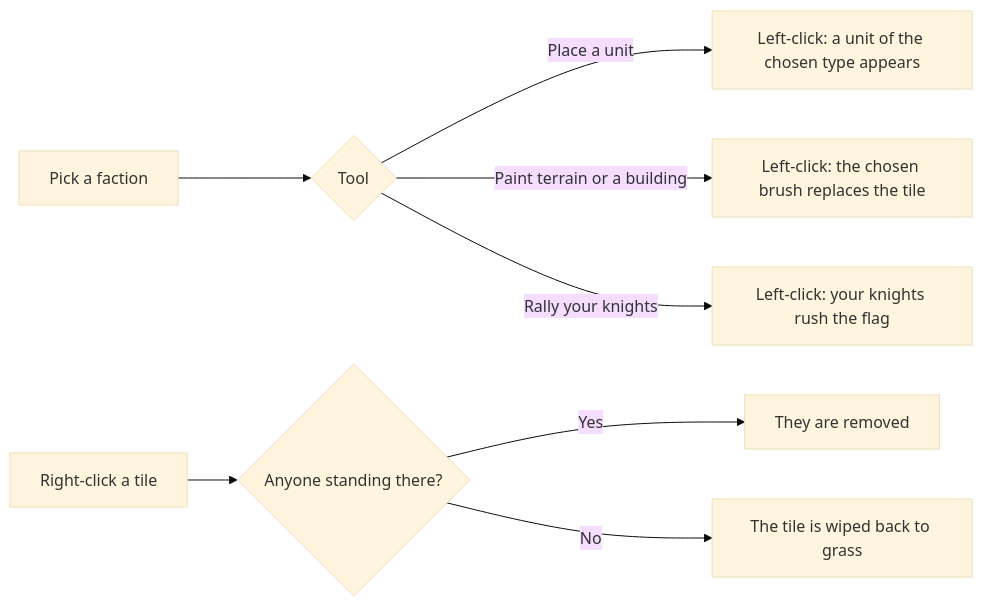
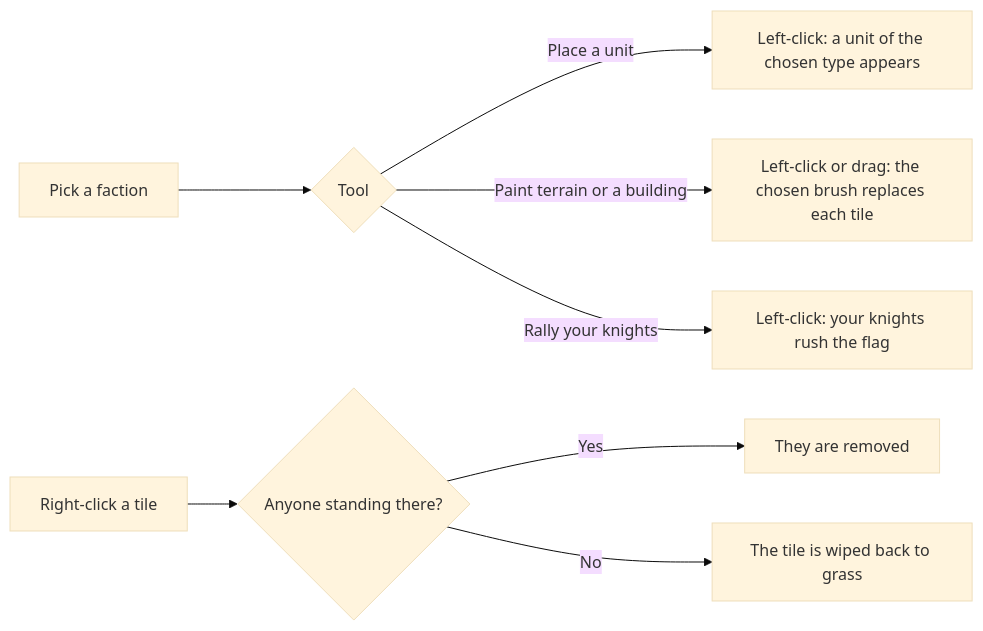
One commit to playforge-coding/kingdom changed the diagram in docs/testing.md. Above: the diagram before and after it, drawn with Mermaid (base theme). The commit also changed other lines of this file and 5 other files, not shown here.

````diff
--- a/docs/testing.md
+++ b/docs/testing.md
@@ -40,10 +40,10 @@
 ```mermaid
 flowchart LR
     faction["Pick a faction"] --> tool{"Tool"}
     tool -- "Place a unit" --> unit["Left-click: a unit of the chosen type appears"]
-    tool -- "Paint terrain or a building" --> paint["Left-click: the chosen brush replaces the tile"]
+    tool -- "Paint terrain or a building" --> paint["Left-click or drag: the chosen brush replaces each tile"]
     tool -- "Rally your knights" --> rally["Left-click: your knights rush the flag"]
     right["Right-click a tile"] --> who{"Anyone standing there?"}
     who -- "Yes" --> gone["They are removed"]
     who -- "No" --> grass["The tile is wiped back to grass"]
 ```
````
